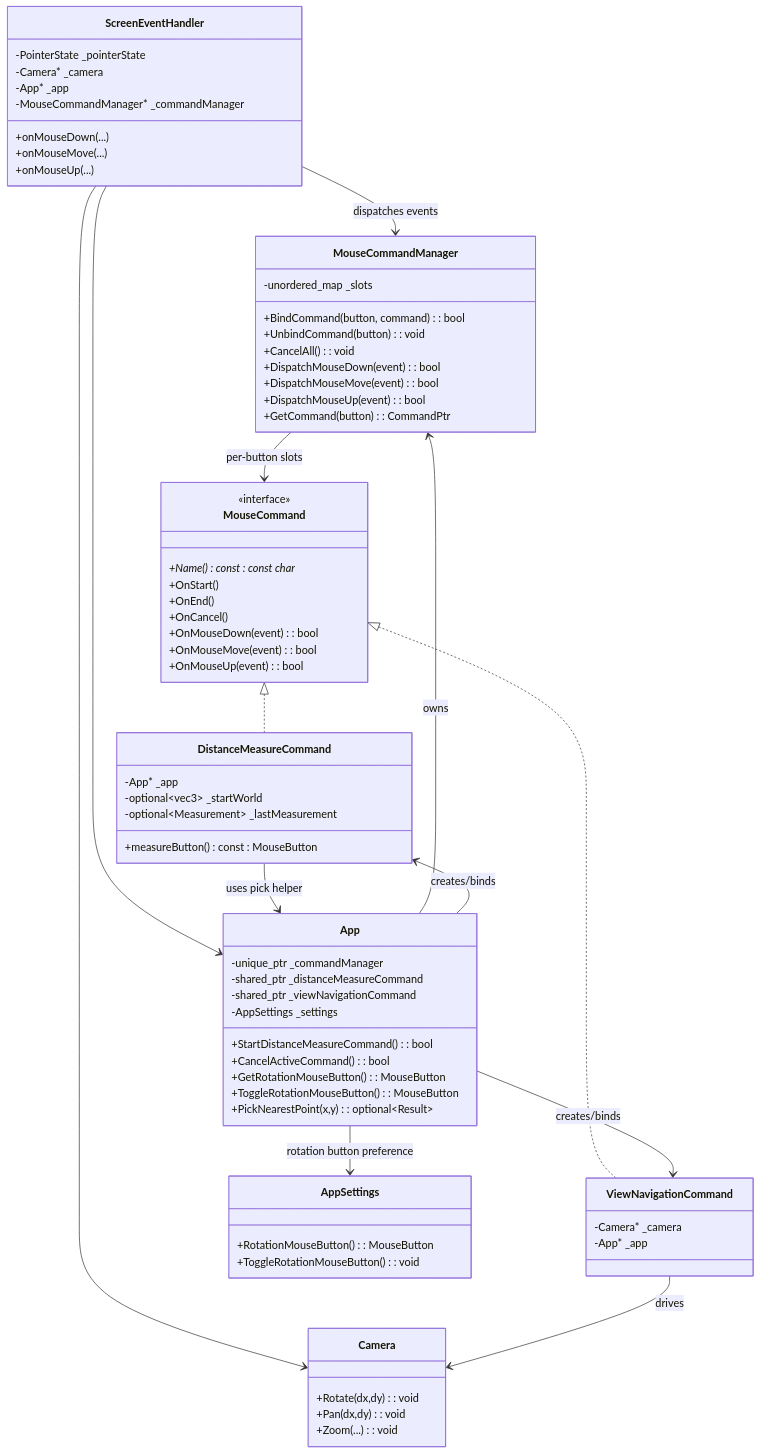
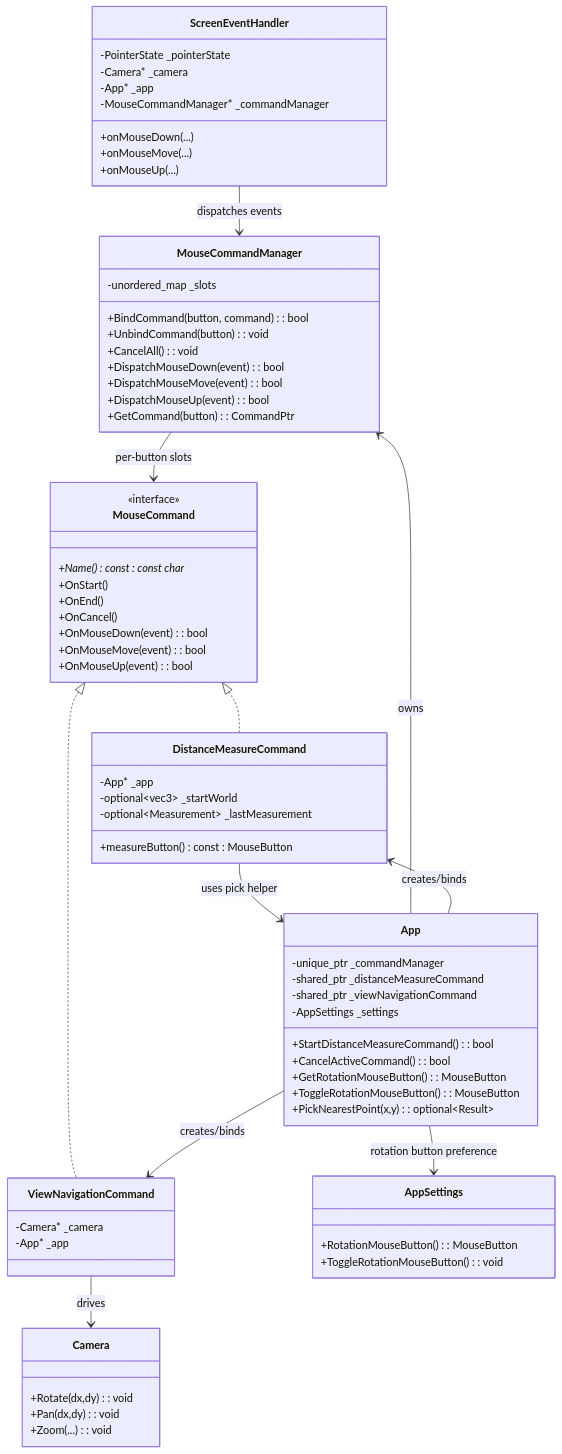
Before and after one commit to vfa-khaidt1/vfa-cdn: the second of 2 diagrams in GraphV3.md, drawn with Mermaid.

```diff
--- a/GraphV3.md
+++ b/GraphV3.md
@@ -108,8 +108,7 @@
     MouseCommand <|.. ViewNavigationCommand
 
     ScreenEventHandler --> MouseCommandManager : dispatches events
-    ScreenEventHandler --> Camera
-    ScreenEventHandler --> App
+
 
     MouseCommandManager --> MouseCommand : per-button slots
     App --> MouseCommandManager : owns
```
